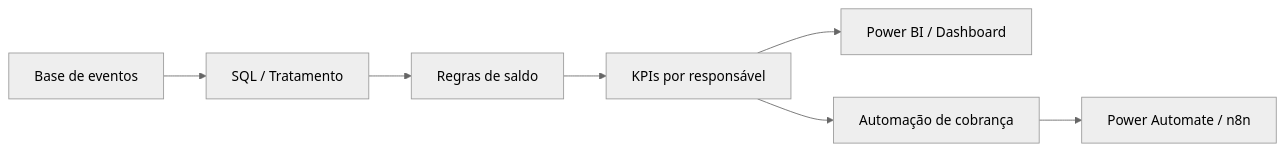
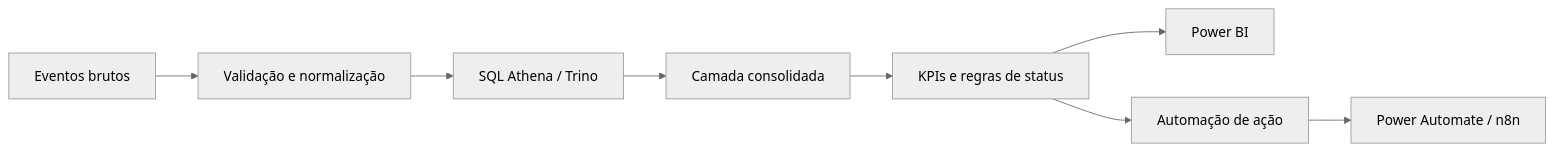
The diagram in portfolio/controle-caixas/README.md (Flash0102/Flash0102), drawn with Mermaid (neutral theme) before and after one commit. The commit also changed other lines of this file, not shown here.

````diff
--- a/portfolio/controle-caixas/README.md
+++ b/portfolio/controle-caixas/README.md
@@ -37,9 +27,10 @@
 ```mermaid
 flowchart LR
-    A[Base de eventos] --> B[SQL / Tratamento]
-    B --> C[Regras de saldo]
-    C --> D[KPIs por responsável]
-    D --> E[Power BI / Dashboard]
-    D --> F[Automação de cobrança]
-    F --> G[Power Automate / n8n]
+    A[Eventos brutos] --> B[Validação e normalização]
+    B --> C[SQL Athena / Trino]
+    C --> D[Camada consolidada]
+    D --> E[KPIs e regras de status]
+    E --> F[Power BI]
+    E --> G[Automação de ação]
+    G --> H[Power Automate / n8n]
 ```
````
